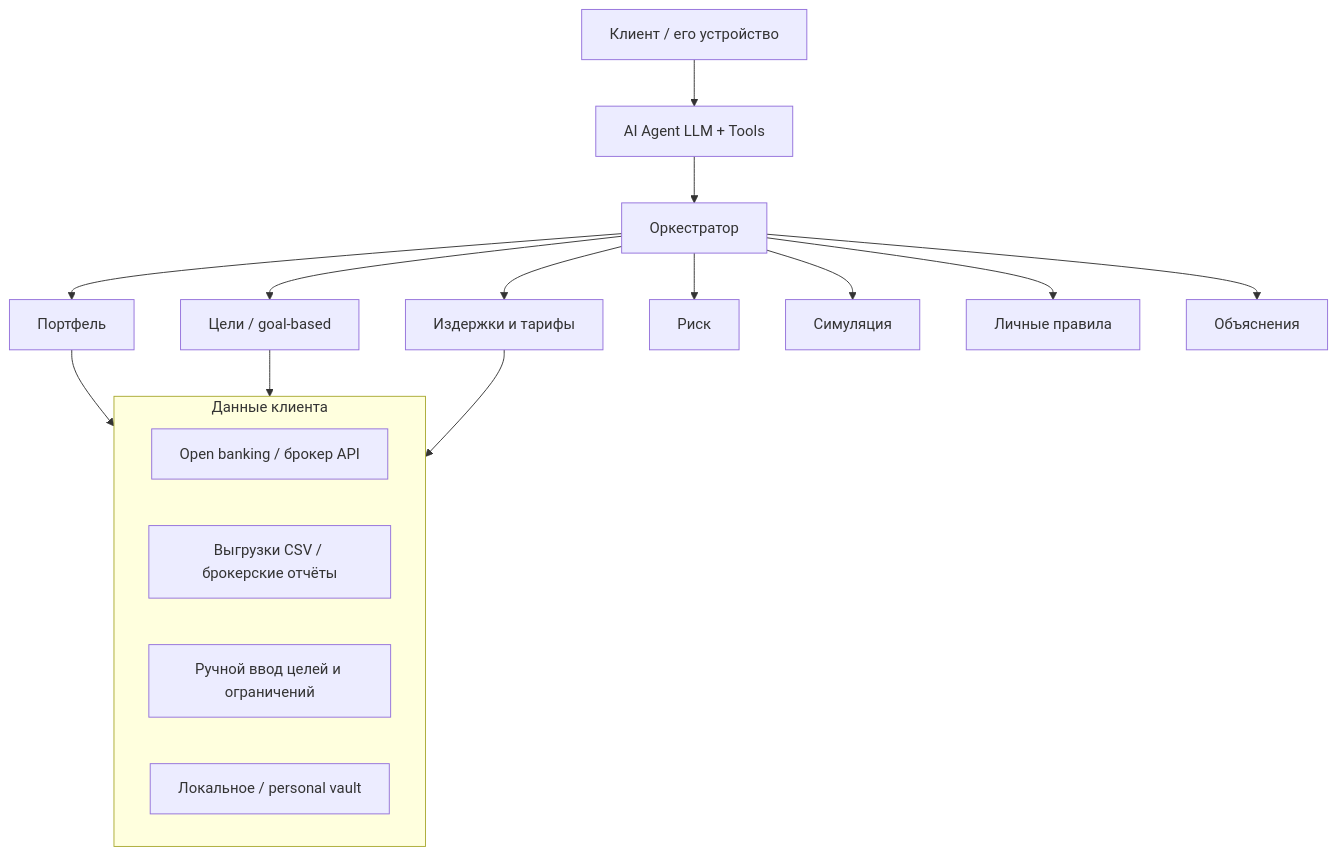
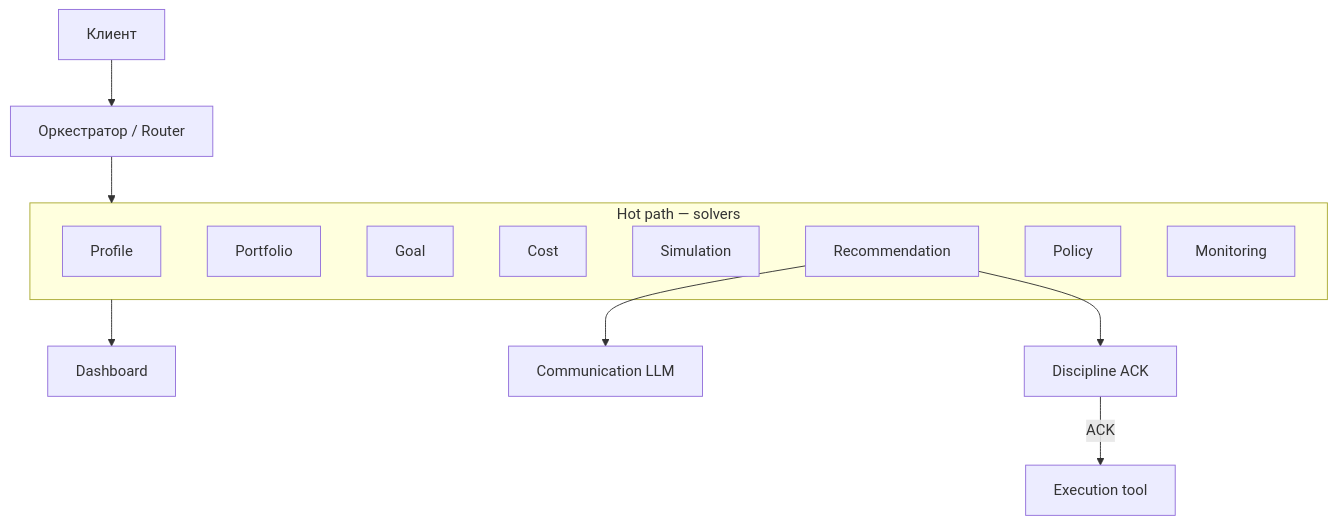
One commit to evgeniy-borisov/vairl changed the first of 2 diagrams in _posts/2026-07-13-banking-investor-ai-agent-ru.md. Above: the diagram before and after it, drawn with Mermaid. The commit also changed other lines of this file and 22 other files, not shown here.

````diff
--- a/_posts/2026-07-13-banking-investor-ai-agent-ru.md
+++ b/_posts/2026-07-13-banking-investor-ai-agent-ru.md
@@ -373,26 +258,24 @@
 ```mermaid
 flowchart TB
-    User["Клиент / его устройство"]
-    Agent["AI Agent LLM + Tools"]
-    Orch["Оркестратор"]
-
-    Portfolio["Портфель"]
-    Goals["Цели / goal-based"]
-    Cost["Издержки и тарифы"]
-    Risk["Риск"]
-    Sim["Симуляция"]
-    Policy["Личные правила"]
-    Comm["Объяснения"]
-
-    User --> Agent --> Orch
-    Orch --> Portfolio & Goals & Cost & Risk & Sim & Policy & Comm
-
-    subgraph Data ["Данные клиента"]
-        OB["Open banking / брокер API"]
-        Files["Выгрузки CSV / брокерские отчёты"]
-        Manual["Ручной ввод целей и ограничений"]
-        Local["Локальное / personal vault"]
-    end
-
-    Portfolio & Goals & Cost --> Data
+  User["Клиент"]
+  Orch["Оркестратор / Router"]
+  subgraph Solvers["Hot path — solvers"]
+    P[Profile]
+    Po[Portfolio]
+    G[Goal]
+    C[Cost]
+    S[Simulation]
+    R[Recommendation]
+    Pol[Policy]
+    M[Monitoring]
+  end
+  Comm["Communication LLM"]
+  Dash["Dashboard"]
+  Disc["Discipline ACK"]
+  User --> Orch
+  Orch --> Solvers
+  R --> Comm
+  R --> Disc
+  Solvers --> Dash
+  Disc -->|ACK| Exec["Execution tool"]
 ```
````
